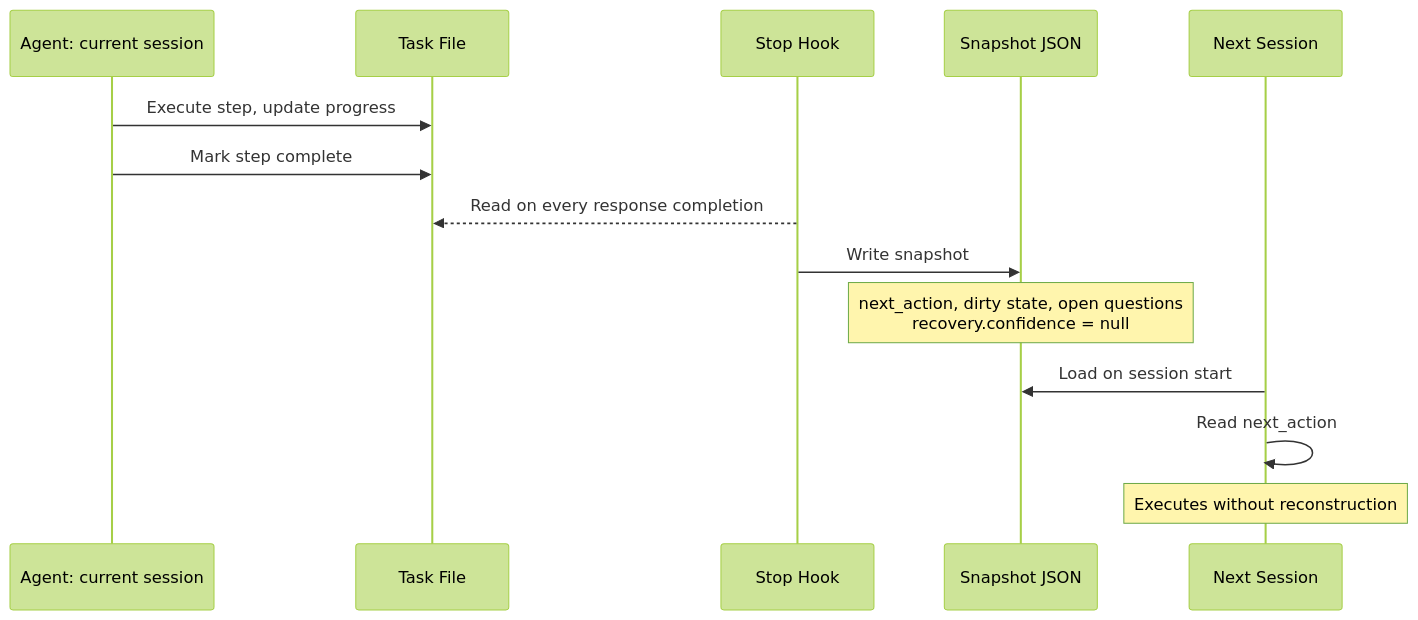
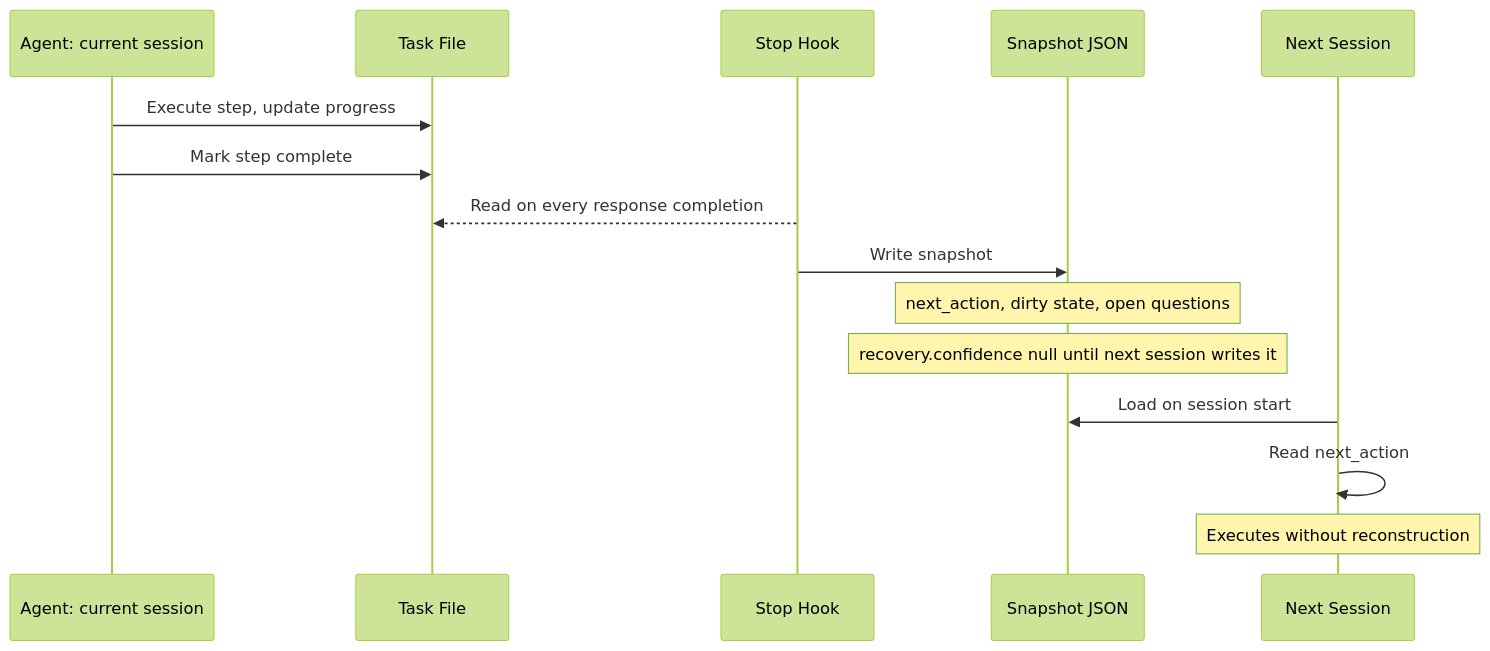
One commit to CyberdaemonAI/cyberdaemon-site changed the diagram in src/content/build-logs/writing-to-the-next-session.mdx. Above: the diagram before and after it, drawn with Mermaid (forest theme). The commit also changed other lines of this file, not shown here.

Commit message:
content: writing-to-the-next-session

````diff
--- a/src/content/build-logs/writing-to-the-next-session.mdx
+++ b/src/content/build-logs/writing-to-the-next-session.mdx
@@ -138,17 +138,18 @@
 ```mermaid
 sequenceDiagram
     participant A as Agent: current session
     participant TF as Task File
     participant Hook as Stop Hook
     participant Snap as Snapshot JSON
     participant Next as Next Session
 
     A->>TF: Execute step, update progress
     A->>TF: Mark step complete
     Hook-->>TF: Read on every response completion
     Hook->>Snap: Write snapshot
-    Note over Snap: next_action, dirty state, open questions<br/>recovery.confidence = null
+    Note over Snap: next_action, dirty state, open questions
+    Note over Snap: recovery.confidence null until next session writes it
     Next->>Snap: Load on session start
     Next->>Next: Read next_action
     Note over Next: Executes without reconstruction
 ```
````
